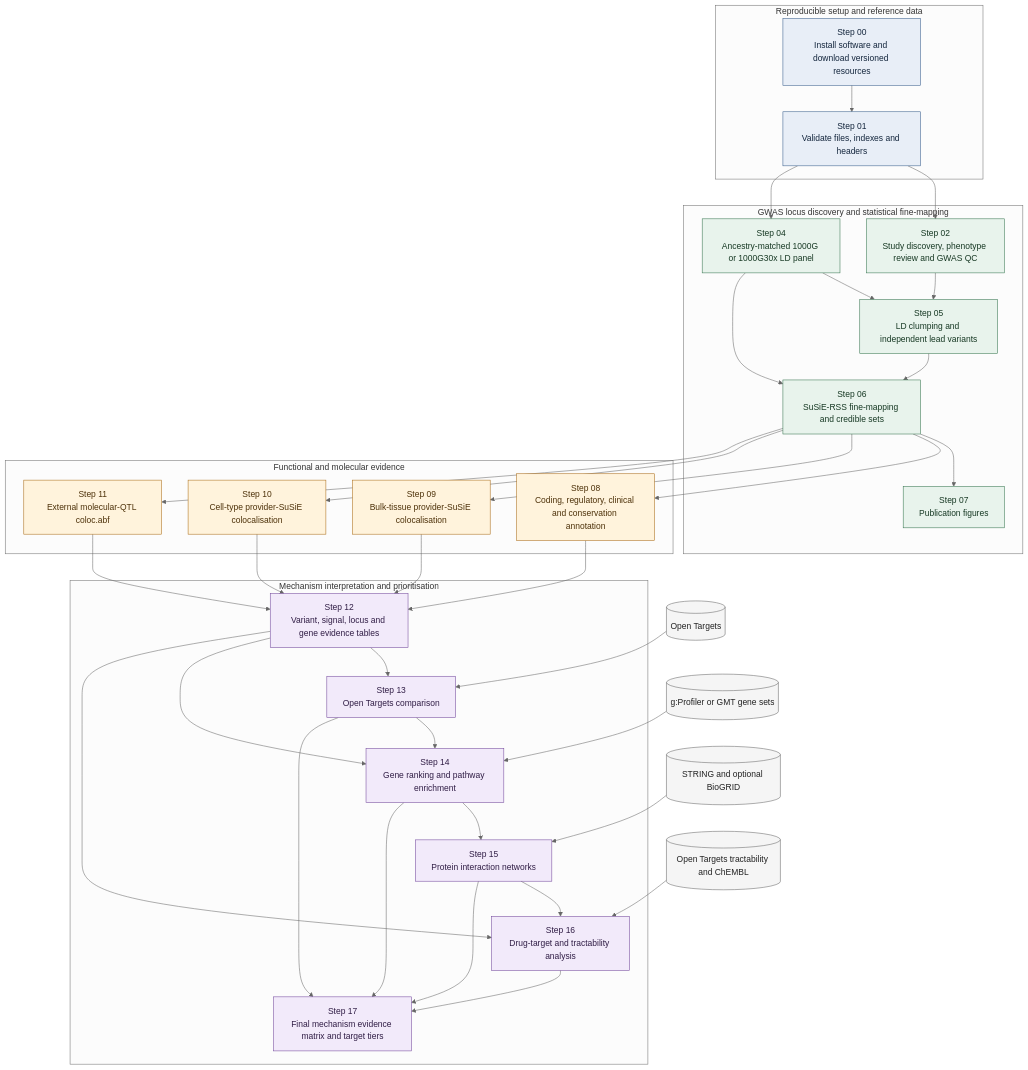
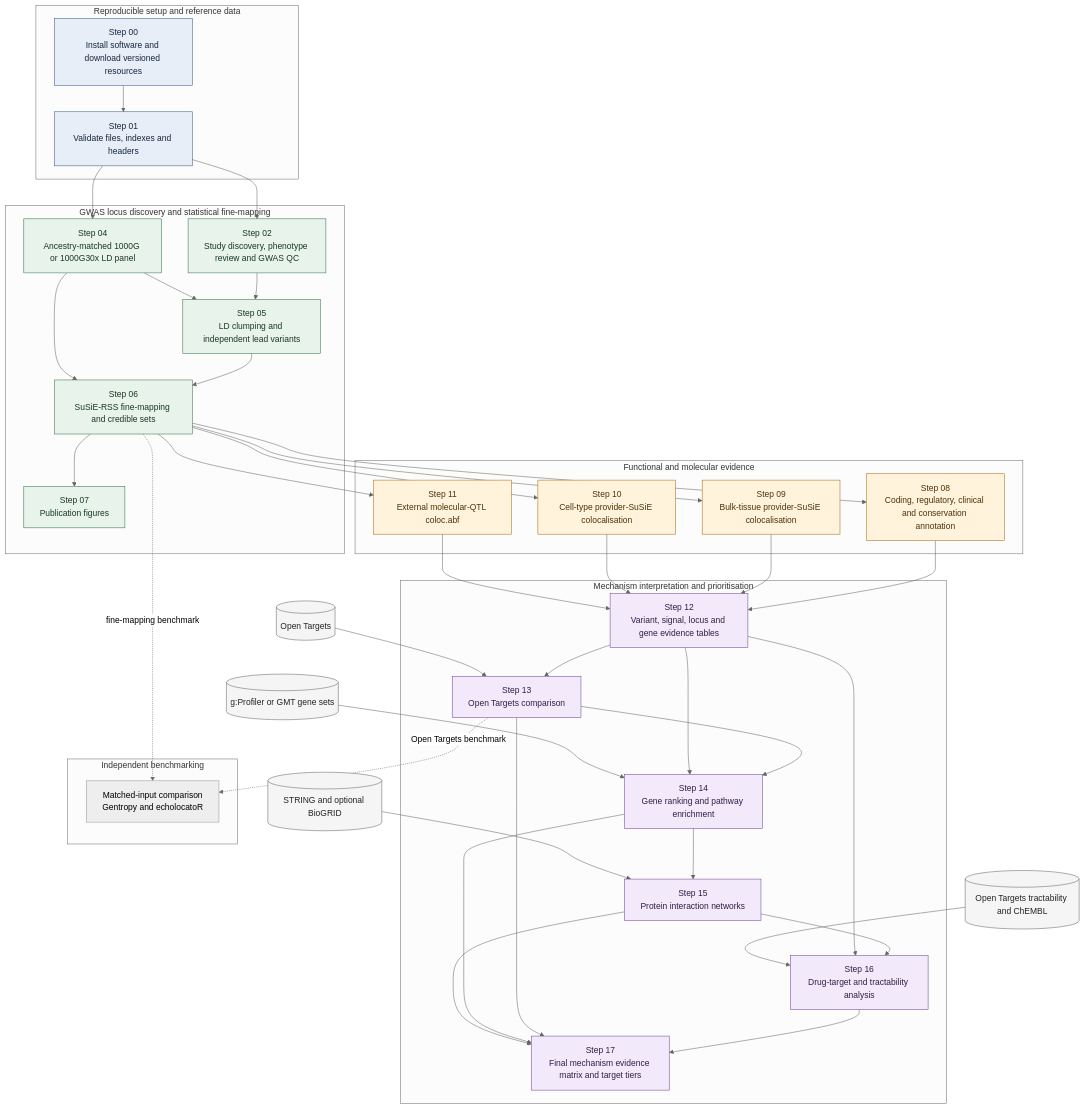
One commit to MuhammadMuneeb007/gwas2mech changed the diagram in README.md. Above: the diagram before and after it, drawn with Mermaid (neutral theme). The commit also changed other lines of this file and 1 other file, not shown here.

Commit message:
Add reproducible benchmark environments

````diff
--- a/README.md
+++ b/README.md
@@ -14,72 +14,78 @@
 ```mermaid
 flowchart TB
     subgraph SETUP["Reproducible setup and reference data"]
         S00["Step 00<br/>Install software and download versioned resources"]
         S01["Step 01<br/>Validate files, indexes and headers"]
         S00 --> S01
     end
 
     subgraph GWAS["GWAS locus discovery and statistical fine-mapping"]
         S02["Step 02<br/>Study discovery, phenotype review and GWAS QC"]
         S04["Step 04<br/>Ancestry-matched 1000G or 1000G30x LD panel"]
         S05["Step 05<br/>LD clumping and independent lead variants"]
         S06["Step 06<br/>SuSiE-RSS fine-mapping and credible sets"]
         S07["Step 07<br/>Publication figures"]
         S02 --> S05 --> S06 --> S07
         S04 --> S05
         S04 --> S06
     end
 
     subgraph FUNCTION["Functional and molecular evidence"]
         S08["Step 08<br/>Coding, regulatory, clinical and conservation annotation"]
         S09["Step 09<br/>Bulk-tissue provider-SuSiE colocalisation"]
         S10["Step 10<br/>Cell-type provider-SuSiE colocalisation"]
         S11["Step 11<br/>External molecular-QTL coloc.abf"]
     end
 
     subgraph INTERPRET["Mechanism interpretation and prioritisation"]
         S12["Step 12<br/>Variant, signal, locus and gene evidence tables"]
         S13["Step 13<br/>Open Targets comparison"]
         S14["Step 14<br/>Gene ranking and pathway enrichment"]
         S15["Step 15<br/>Protein interaction networks"]
         S16["Step 16<br/>Drug-target and tractability analysis"]
         S17["Step 17<br/>Final mechanism evidence matrix and target tiers"]
         S12 --> S13 --> S14 --> S15 --> S16 --> S17
         S12 --> S14
         S12 --> S16
         S13 --> S17
         S14 --> S17
         S15 --> S17
     end
 
+    subgraph BENCHMARK["Independent benchmarking"]
+        B01["Matched-input comparison<br/>Gentropy and echolocatoR"]
+    end
+
     S01 --> S02
     S01 --> S04
     S06 --> S08
     S06 --> S09
     S06 --> S10
     S06 --> S11
     S08 --> S12
     S09 --> S12
     S10 --> S12
     S11 --> S12
+    S06 -. fine-mapping benchmark .-> B01
+    S13 -. Open Targets benchmark .-> B01
 
     OT[("Open Targets")]
     PATH[("g:Profiler or GMT gene sets")]
     PPI[("STRING and optional BioGRID")]
     DRUG[("Open Targets tractability and ChEMBL")]
     OT --> S13
     PATH --> S14
     PPI --> S15
     DRUG --> S16
 
     classDef setup fill:#e8eef7,stroke:#355c8a,color:#14263d;
     classDef statistical fill:#e8f3ec,stroke:#34734d,color:#163823;
     classDef evidence fill:#fff3dc,stroke:#a96b16,color:#4d3109;
     classDef integration fill:#f2eafa,stroke:#70459a,color:#301d45;
     classDef external fill:#f5f5f5,stroke:#666,color:#222;
     class S00,S01 setup;
     class S02,S04,S05,S06,S07 statistical;
     class S08,S09,S10,S11 evidence;
     class S12,S13,S14,S15,S16,S17 integration;
     class OT,PATH,PPI,DRUG external;
 ```
````
